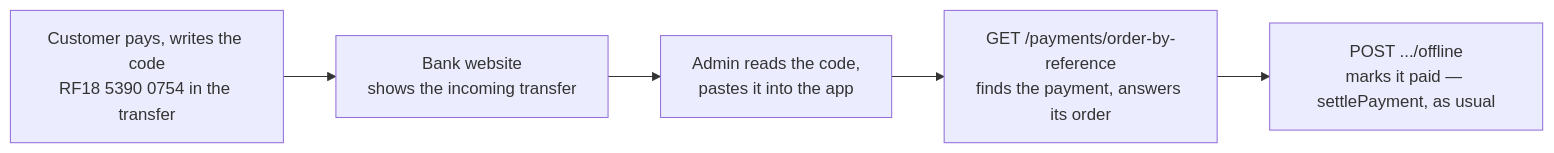
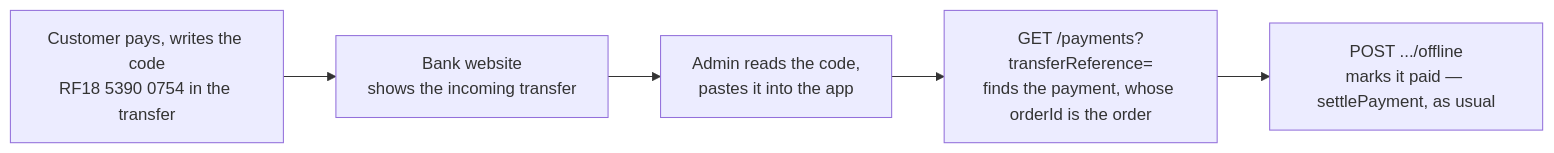
One commit to Guebbit/boilerplate-node-backend changed the ninth of 12 diagrams in docs/modules/payments.md. Above: the diagram before and after it, drawn with Mermaid. The commit also changed other lines of this file and 19 other files, not shown here.

First line of the commit message:
feat(payments)!: find a payment by its transfer reference, drop the order-by-reference lookup

````diff
--- a/docs/modules/payments.md
+++ b/docs/modules/payments.md
@@ -509,7 +509,7 @@
 ```mermaid
 flowchart LR
     C["Customer pays, writes the code<br/>RF18 5390 0754 in the transfer"] --> B["Bank website<br/>shows the incoming transfer"]
     B --> A["Admin reads the code,<br/>pastes it into the app"]
-    A --> L["GET /payments/order-by-reference<br/>finds the payment, answers its order"]
+    A --> L["GET /payments?transferReference=<br/>finds the payment, whose orderId is the order"]
     L --> P["POST .../offline<br/>marks it paid — settlePayment, as usual"]
 ```
````
